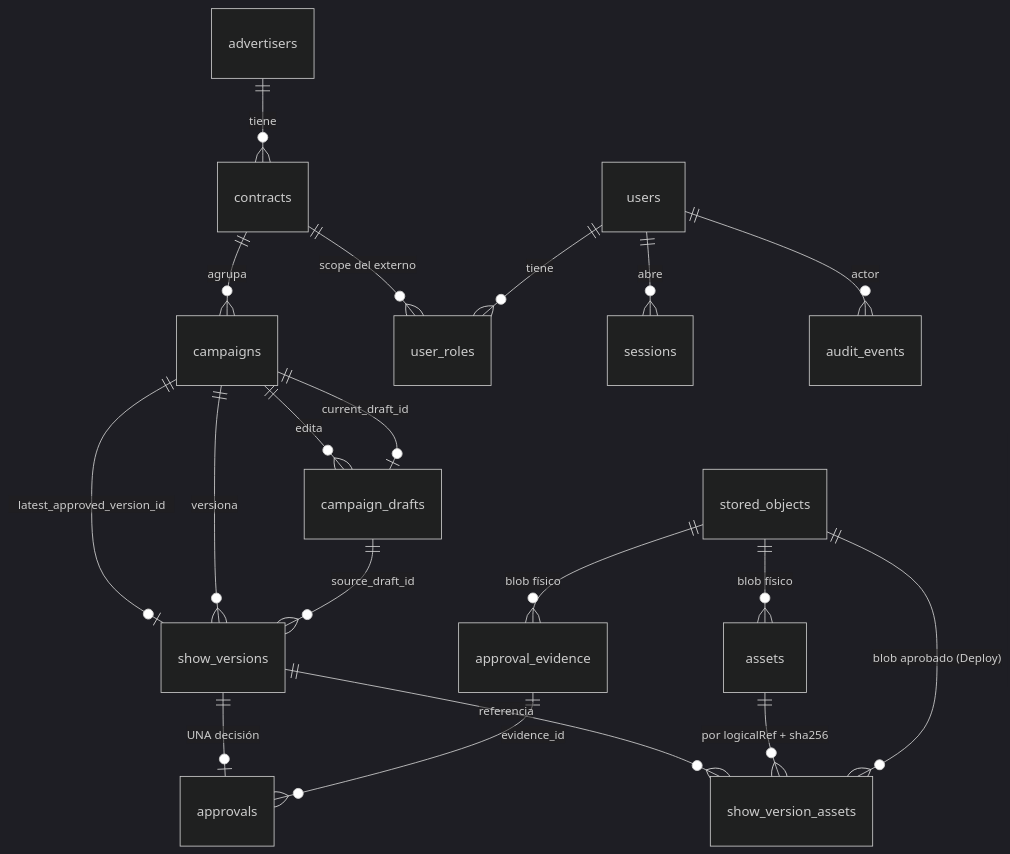
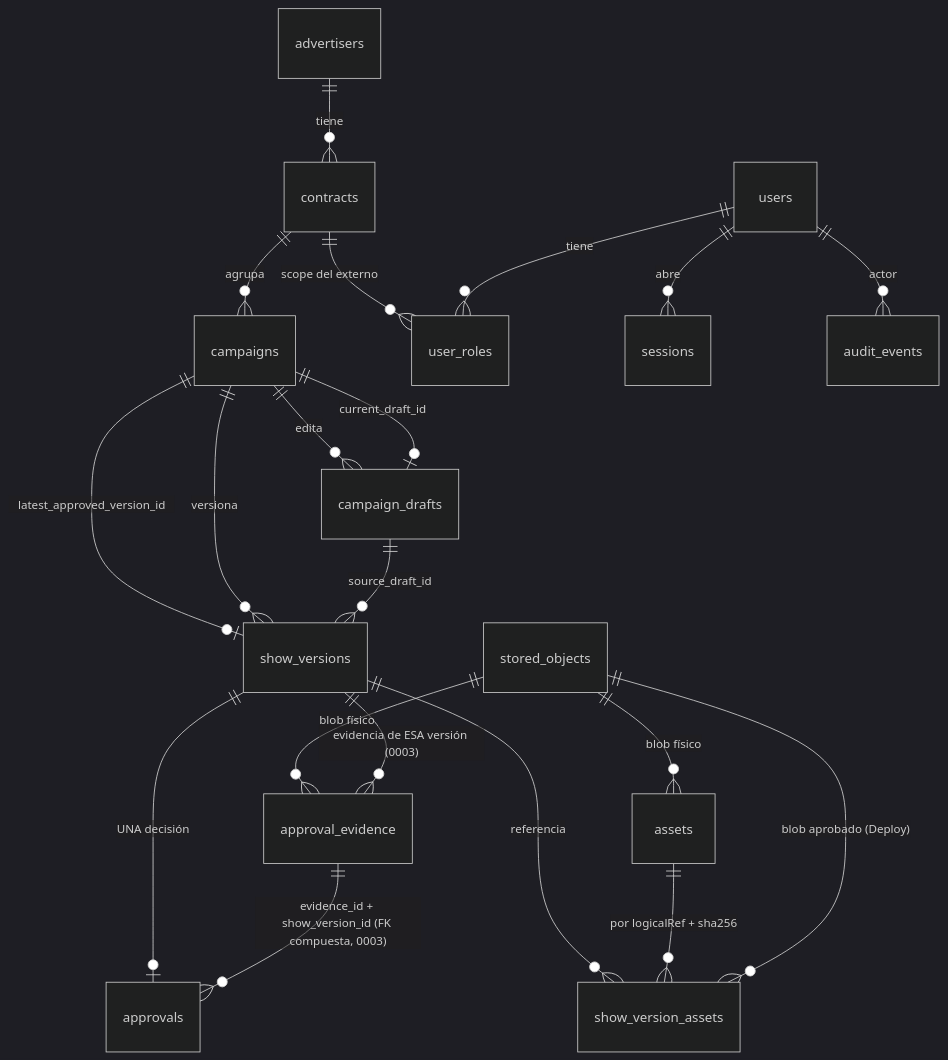
One commit to fermalenoski86/dev changed the diagram in docs/platform/ERD.md. Above: the diagram before and after it, drawn with Mermaid (dark theme). The commit also changed other lines of this file and 32 other files, not shown here.

````diff
--- a/docs/platform/ERD.md
+++ b/docs/platform/ERD.md
@@ -5,21 +5,22 @@
 ```mermaid
 erDiagram
   advertisers ||--o{ contracts : "tiene"
   contracts ||--o{ campaigns : "agrupa"
   contracts ||--o{ user_roles : "scope del externo"
   users ||--o{ user_roles : "tiene"
   users ||--o{ sessions : "abre"
   campaigns ||--o{ campaign_drafts : "edita"
   campaigns ||--o| campaign_drafts : "current_draft_id"
   campaigns ||--o| show_versions : "latest_approved_version_id"
   campaigns ||--o{ show_versions : "versiona"
   campaign_drafts ||--o{ show_versions : "source_draft_id"
   show_versions ||--o{ show_version_assets : "referencia"
   assets ||--o{ show_version_assets : "por logicalRef + sha256"
   stored_objects ||--o{ assets : "blob físico"
   stored_objects ||--o{ approval_evidence : "blob físico"
   stored_objects ||--o{ show_version_assets : "blob aprobado (Deploy)"
   show_versions ||--o| approvals : "UNA decisión"
-  approval_evidence ||--o{ approvals : "evidence_id"
+  show_versions ||--o{ approval_evidence : "evidencia de ESA versión (0003)"
+  approval_evidence ||--o{ approvals : "evidence_id + show_version_id (FK compuesta, 0003)"
   users ||--o{ audit_events : "actor"
 ```
````
